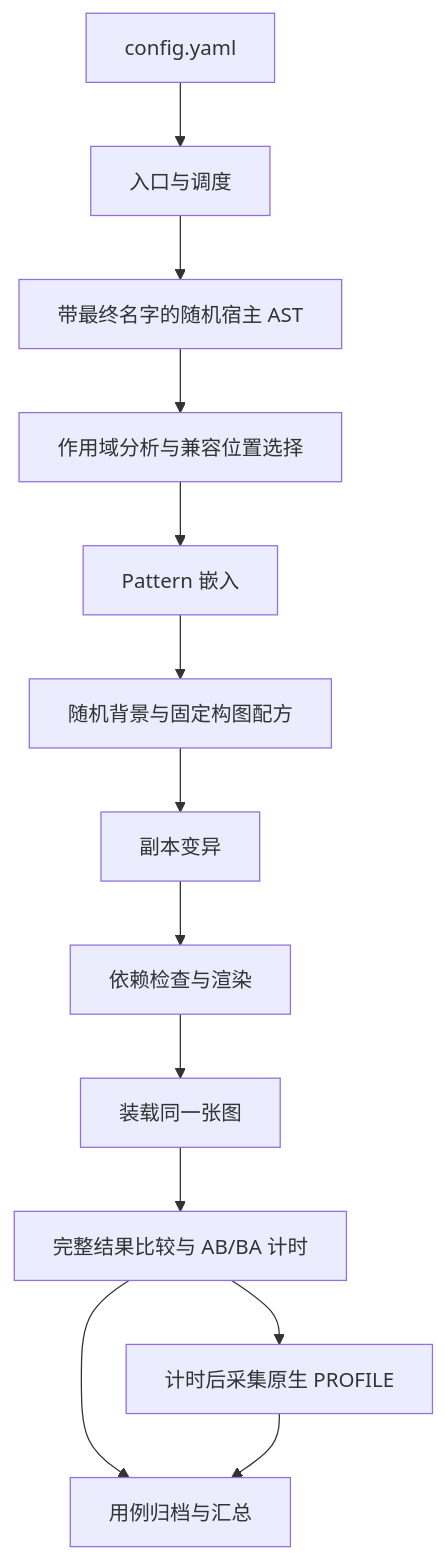
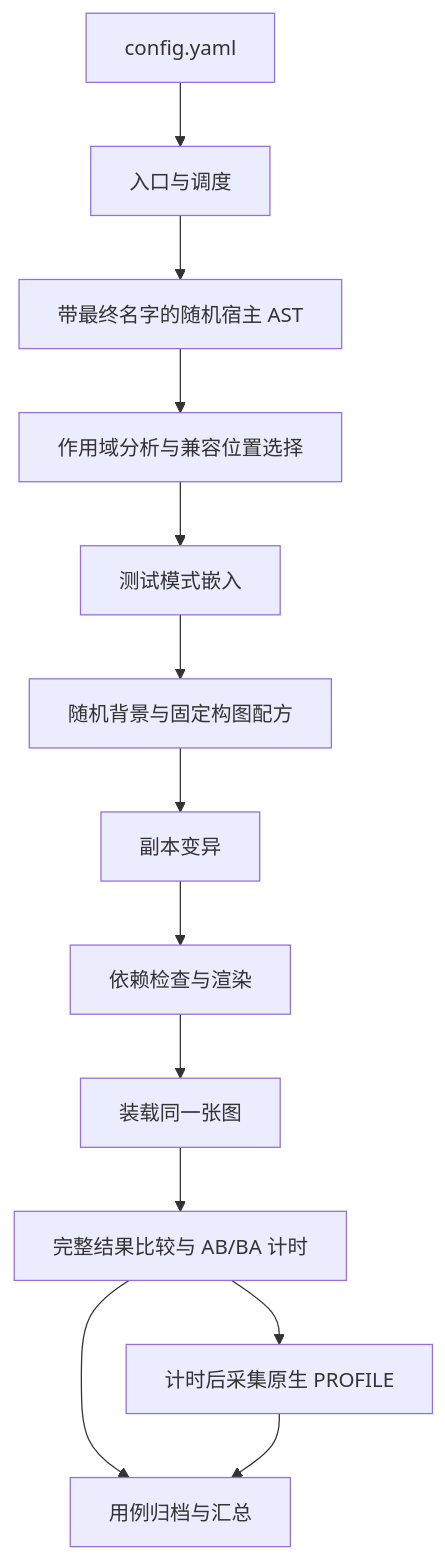
One commit to linli1724647576/GraphSymPerf changed the diagram in docs/architecture.zh-CN.md. Above: the diagram before and after it, drawn with Mermaid. The commit also changed other lines of this file and 94 other files, not shown here.

````diff
--- a/docs/architecture.zh-CN.md
+++ b/docs/architecture.zh-CN.md
@@ -42,15 +42,15 @@
 ```mermaid
 flowchart TD
     A[config.yaml] --> B[入口与调度]
     B --> C[带最终名字的随机宿主 AST]
     C --> D[作用域分析与兼容位置选择]
-    D --> E[Pattern 嵌入]
+    D --> E[测试模式嵌入]
     E --> F[随机背景与固定构图配方]
     F --> G[副本变异]
     G --> H[依赖检查与渲染]
     H --> I[装载同一张图]
     I --> J[完整结果比较与 AB/BA 计时]
     J --> K[计时后采集原生 PROFILE]
     J --> L[用例归档与汇总]
     K --> L
 ```
````
